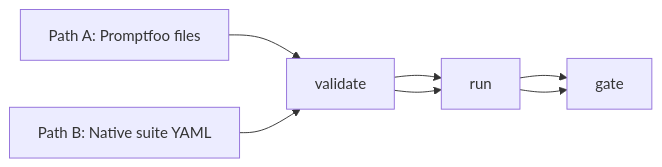
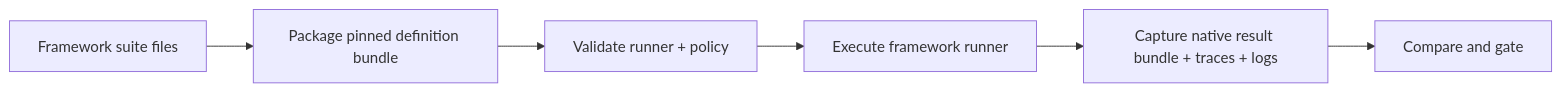
One commit to softprobe/document-website changed the first of 2 diagrams in en/evaluation/getting-started.md. Above: the diagram before and after it, drawn with Mermaid. The commit also changed other lines of this file and 10 other files, not shown here.

Commit message:
docs(evaluation): remove native authoring path; runner-first workflow

````diff
--- a/en/evaluation/getting-started.md
+++ b/en/evaluation/getting-started.md
@@ -14,10 +11,10 @@
 ```mermaid
 flowchart LR
-  A[Path A: Promptfoo files]
-  B[Path B: Native suite YAML]
-  V[validate]
-  R[run]
-  G[gate]
-  A --> V --> R --> G
-  B --> V --> R --> G
+  Def[Framework suite files]
+  Pack[Package pinned definition bundle]
+  Val[Validate runner + policy]
+  Run[Execute framework runner]
+  Capture[Capture native result bundle + traces + logs]
+  Gate[Compare and gate]
+  Def --> Pack --> Val --> Run --> Capture --> Gate
 ```
````
